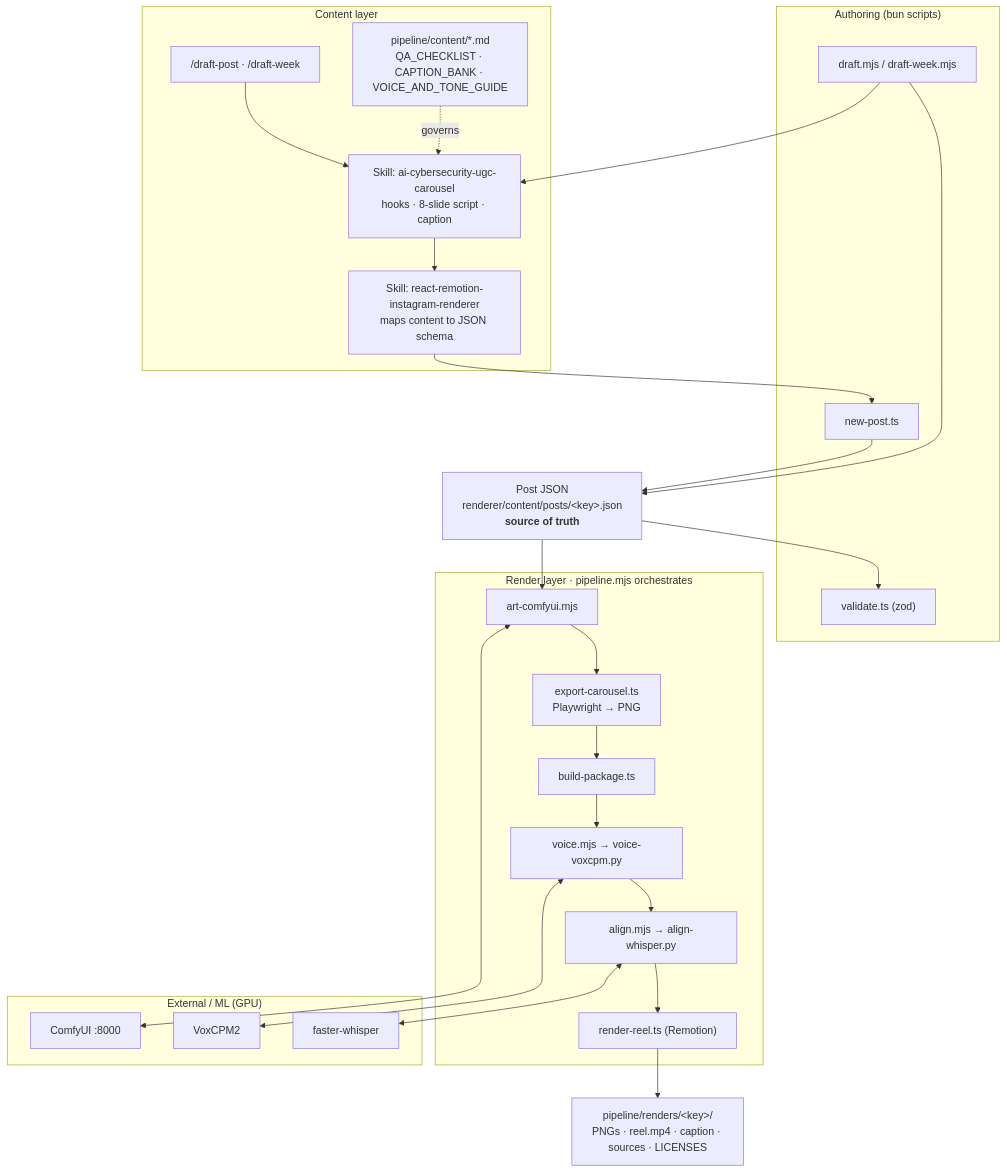
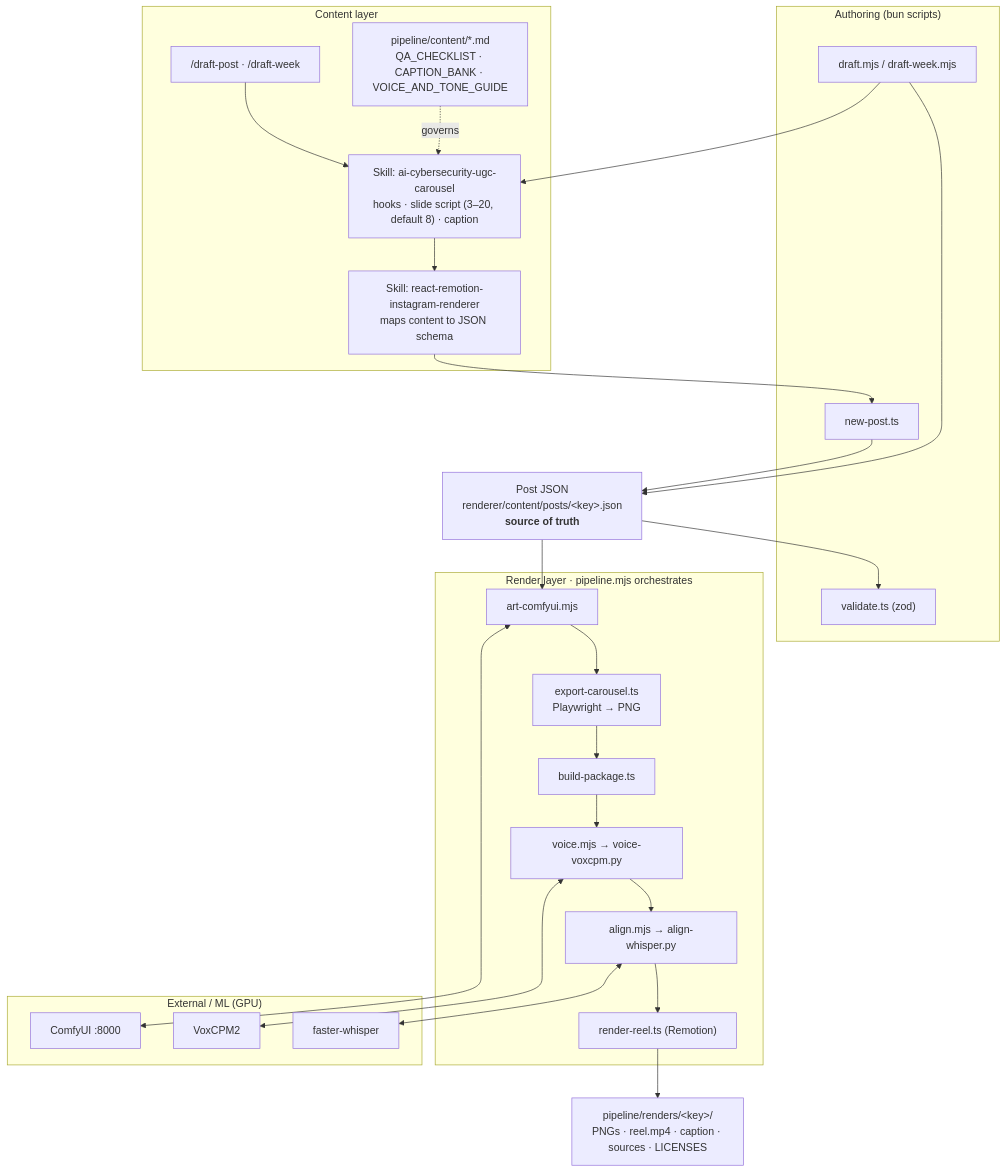
Before and after one commit to jondmarien/ai-ugc-pipeline: the first of 4 diagrams in renderer/docs/PROJECT_ARCHITECTURE.md, drawn with Mermaid. The commit also changed other lines of this file and 11 other files, not shown here.

````diff
--- a/renderer/docs/PROJECT_ARCHITECTURE.md
+++ b/renderer/docs/PROJECT_ARCHITECTURE.md
@@ -13,41 +13,41 @@
 ```mermaid
 flowchart TB
     subgraph Content["Content layer"]
         CMD["/draft-post · /draft-week"]
-        SK1["Skill: ai-cybersecurity-ugc-carousel<br/>hooks · 8-slide script · caption"]
+        SK1["Skill: ai-cybersecurity-ugc-carousel<br/>hooks · slide script (3–20, default 8) · caption"]
         SK2["Skill: react-remotion-instagram-renderer<br/>maps content to JSON schema"]
         DOCS["pipeline/content/*.md<br/>QA_CHECKLIST · CAPTION_BANK · VOICE_AND_TONE_GUIDE"]
     end
     subgraph Authoring["Authoring (bun scripts)"]
         NEW["new-post.ts"]
         DRAFT["draft.mjs / draft-week.mjs"]
         VAL["validate.ts (zod)"]
     end
     JSON["Post JSON<br/>renderer/content/posts/&lt;key&gt;.json<br/><b>source of truth</b>"]
     subgraph Render["Render layer · pipeline.mjs orchestrates"]
         ART["art-comfyui.mjs"]
         EXP["export-carousel.ts<br/>Playwright → PNG"]
         PKG["build-package.ts"]
         VOICE["voice.mjs → voice-voxcpm.py"]
         ALIGN["align.mjs → align-whisper.py"]
         REEL["render-reel.ts (Remotion)"]
     end
     subgraph External["External / ML (GPU)"]
         COMFY["ComfyUI :8000"]
         VOX["VoxCPM2"]
         WHIS["faster-whisper"]
     end
     OUT["pipeline/renders/&lt;key&gt;/<br/>PNGs · reel.mp4 · caption · sources · LICENSES"]
 
     CMD --> SK1 --> SK2 --> NEW
     DOCS -.governs.-> SK1
     DRAFT --> SK1
     NEW --> JSON
     DRAFT --> JSON
     JSON --> VAL
     JSON --> ART
     ART --> EXP --> PKG --> VOICE --> ALIGN --> REEL --> OUT
     ART <--> COMFY
     VOICE <--> VOX
     ALIGN <--> WHIS
 ```
````
